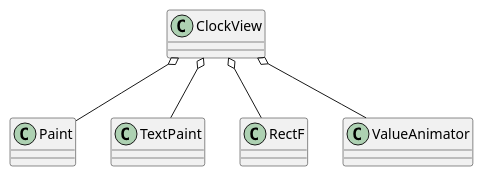
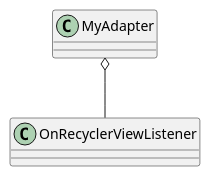
Before and after one commit to REBOOTERS/My-MVP: the diagram in uml/Aggregation.puml, drawn with PlantUML. The commit also changed 4 other files, not shown here.

```diff
--- a/uml/Aggregation.puml
+++ b/uml/Aggregation.puml
@@ -1,14 +1,5 @@
 @startuml
 
-class ClockView
-class Paint
-class TextPaint
-class RectF
-class ValueAnimator
-
-ClockView o-- Paint
-ClockView o-- TextPaint
-ClockView o-- RectF
-ClockView o-- ValueAnimator
+MyAdapter o-- OnRecyclerViewListener
 
 @enduml
```
